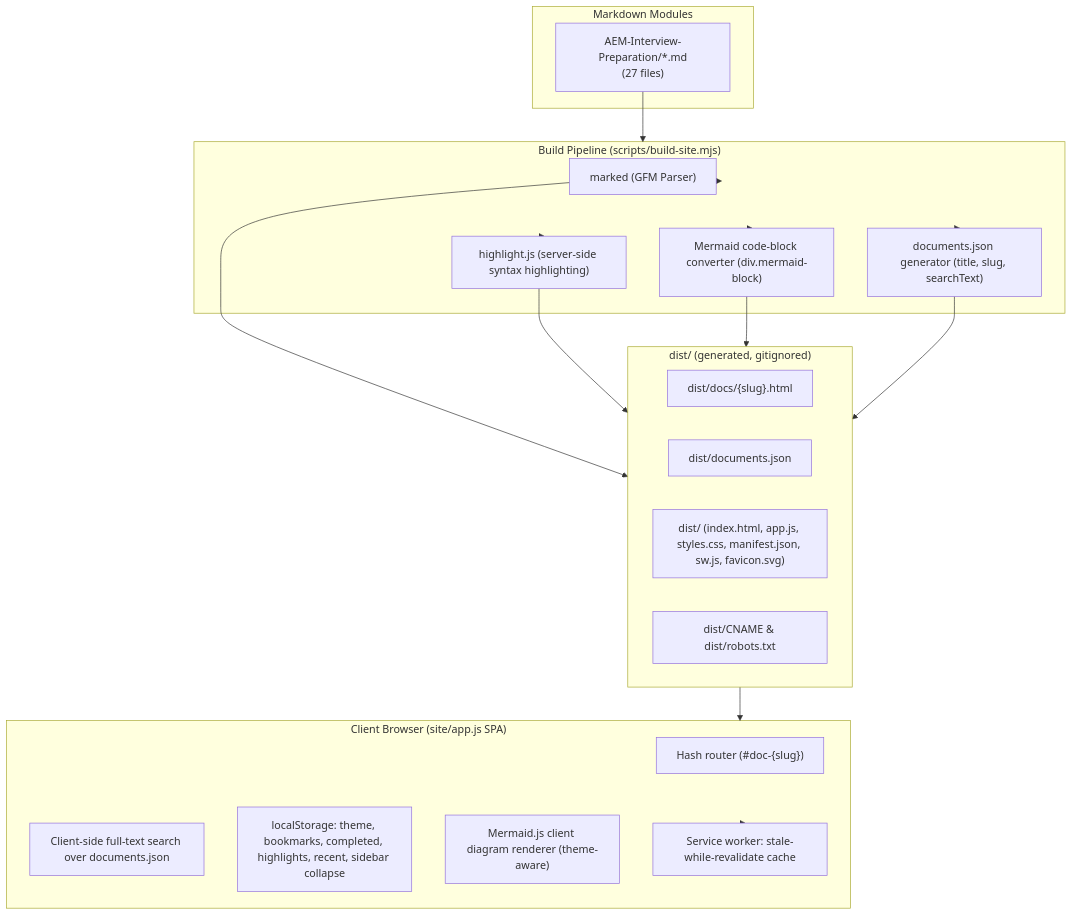
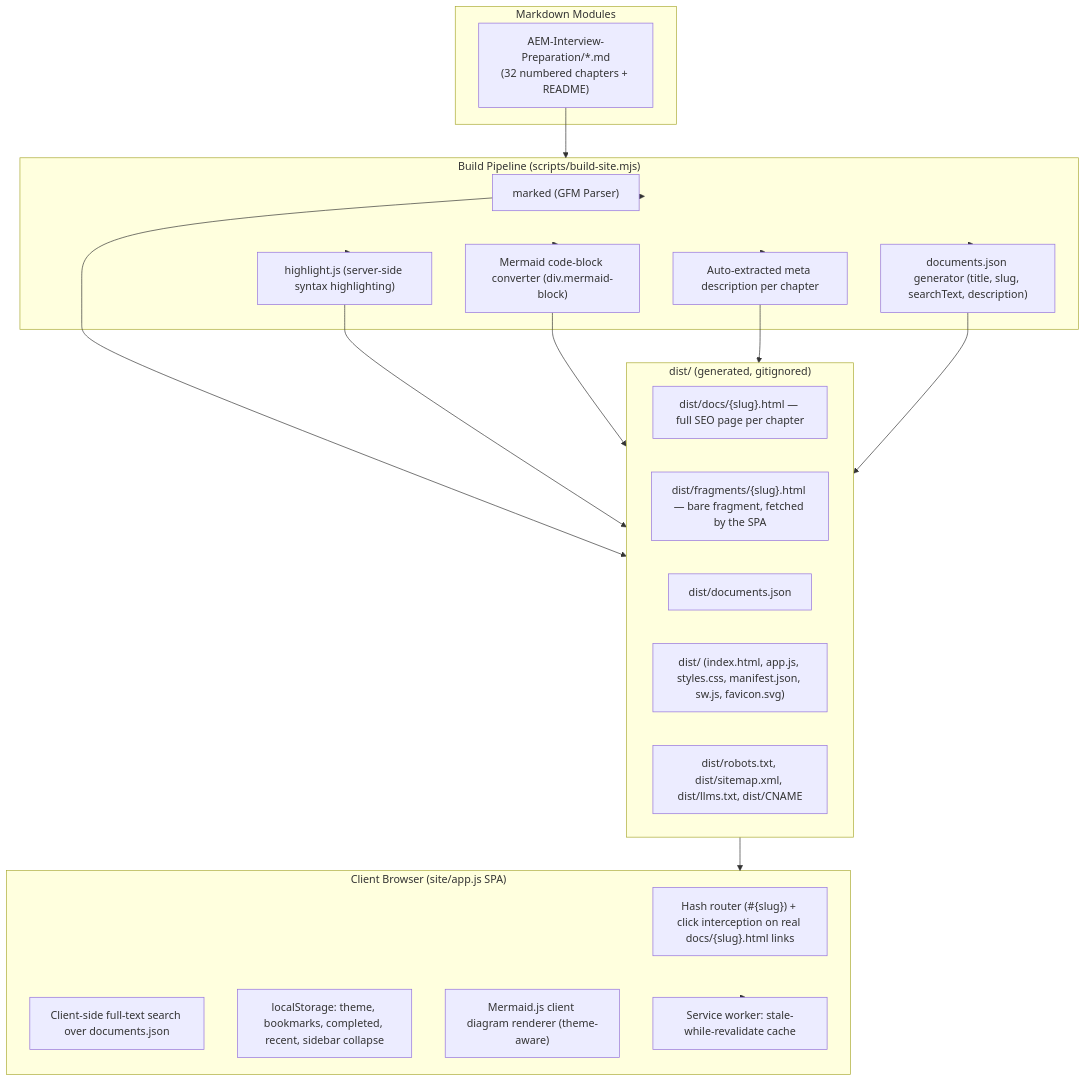
One commit to asapaman/aeminterview changed the diagram in CONTEXT.md. Above: the diagram before and after it, drawn with Mermaid. The commit also changed other lines of this file, not shown here.

Commit message:
Update project context and architecture specification for clarity and SEO enhancements

````diff
--- a/CONTEXT.md
+++ b/CONTEXT.md
@@ -19,36 +19,39 @@
 ```mermaid
 flowchart TD
     subgraph Source ["Markdown Modules"]
-        AEM["AEM-Interview-Preparation/*.md\n(27 files)"]
+        AEM["AEM-Interview-Preparation/*.md\n(32 numbered chapters + README)"]
     end
 
     subgraph Build ["Build Pipeline (scripts/build-site.mjs)"]
         Parser["marked (GFM Parser)"]
         Highlighter["highlight.js (server-side syntax highlighting)"]
         MermaidWrap["Mermaid code-block converter (div.mermaid-block)"]
-        JSONGen["documents.json generator (title, slug, searchText)"]
+        Desc["Auto-extracted meta description per chapter"]
+        JSONGen["documents.json generator (title, slug, searchText, description)"]
     end
 
     subgraph Output ["dist/ (generated, gitignored)"]
-        HTMLDocs["dist/docs/{slug}.html"]
+        StandalonePages["dist/docs/{slug}.html — full SEO page per chapter"]
+        Fragments["dist/fragments/{slug}.html — bare fragment, fetched by the SPA"]
         JSONIndex["dist/documents.json"]
         StaticAssets["dist/ (index.html, app.js, styles.css, manifest.json, sw.js, favicon.svg)"]
-        SEOFiles["dist/CNAME & dist/robots.txt"]
+        SEOFiles["dist/robots.txt, dist/sitemap.xml, dist/llms.txt, dist/CNAME"]
     end
 
     subgraph Client ["Client Browser (site/app.js SPA)"]
-        Router["Hash router (#doc-{slug})"]
+        Router["Hash router (#{slug}) + click interception on real docs/{slug}.html links"]
         SearchEngine["Client-side full-text search over documents.json"]
-        StateEngine["localStorage: theme, bookmarks, completed, highlights, recent, sidebar collapse"]
+        StateEngine["localStorage: theme, bookmarks, completed, recent, sidebar collapse"]
         MermaidRender["Mermaid.js client diagram renderer (theme-aware)"]
         SW["Service worker: stale-while-revalidate cache"]
     end
 
     AEM --> Build
     Build --> Parser --> Output
     Build --> Highlighter --> Output
     Build --> MermaidWrap --> Output
+    Build --> Desc --> Output
     Build --> JSONGen --> Output
     Output --> Client
     Client --> SW
 ```
````
